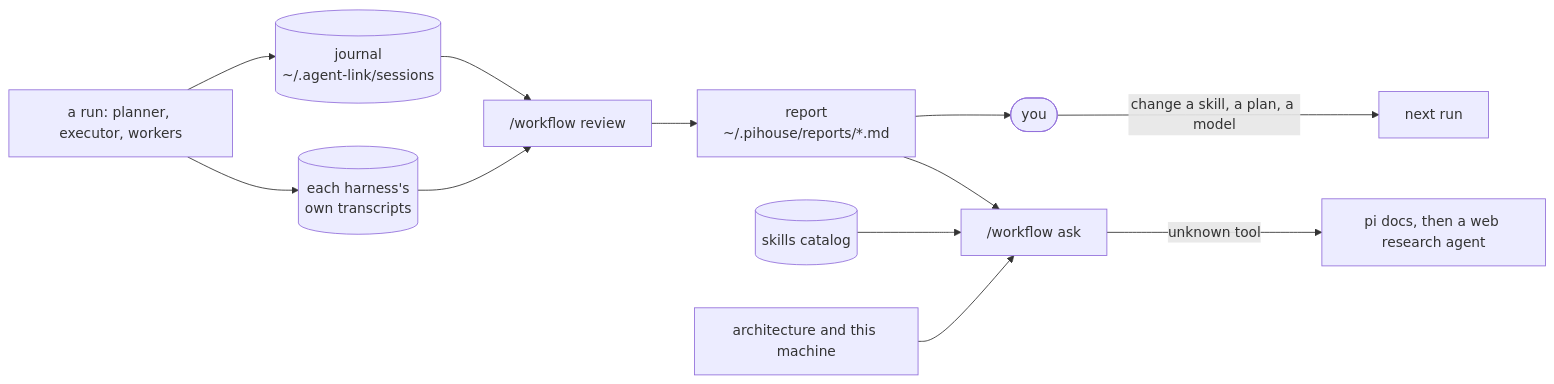
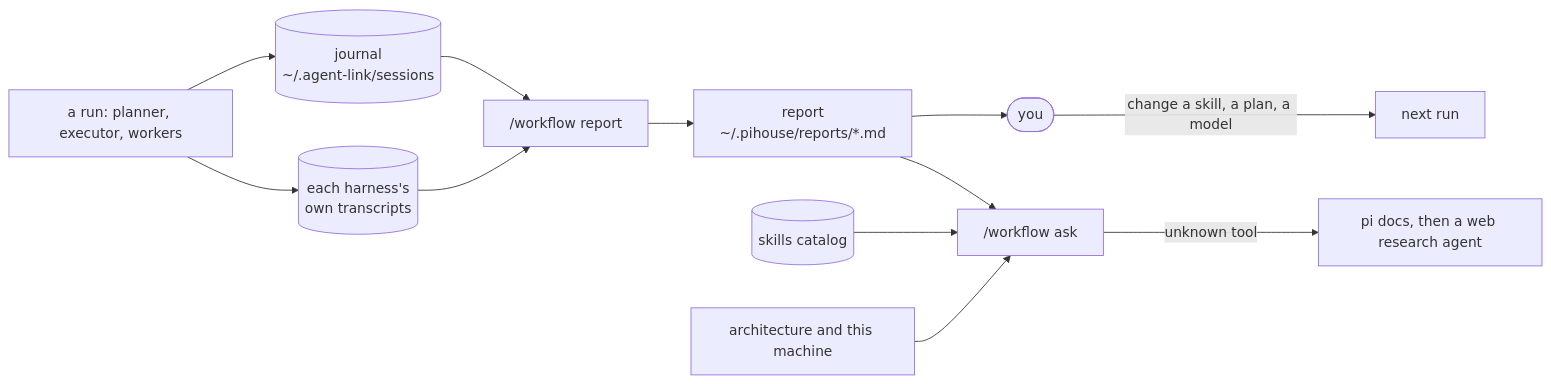
One commit to Jero110/pi-house changed the second of 3 diagrams in README.md. Above: the diagram before and after it, drawn with Mermaid. The commit also changed other lines of this file and 12 other files, not shown here.

````diff
--- a/README.md
+++ b/README.md
@@ -236,14 +235,14 @@
 ```mermaid
 flowchart LR
   run["a run: planner, executor, workers"] --> journal[("journal<br/>~/.agent-link/sessions")]
   run --> tr[("each harness's<br/>own transcripts")]
-  journal --> review["/workflow review"]
+  journal --> review["/workflow report"]
   tr --> review
   review --> report["report<br/>~/.pihouse/reports/*.md"]
   report --> you(["you"])
   you -- "change a skill, a plan, a model" --> next["next run"]
   catalog[("skills catalog")] --> ask["/workflow ask"]
   arch["architecture and this machine"] --> ask
   report --> ask
   ask -- "unknown tool" --> research["pi docs, then a web research agent"]
 ```
````
